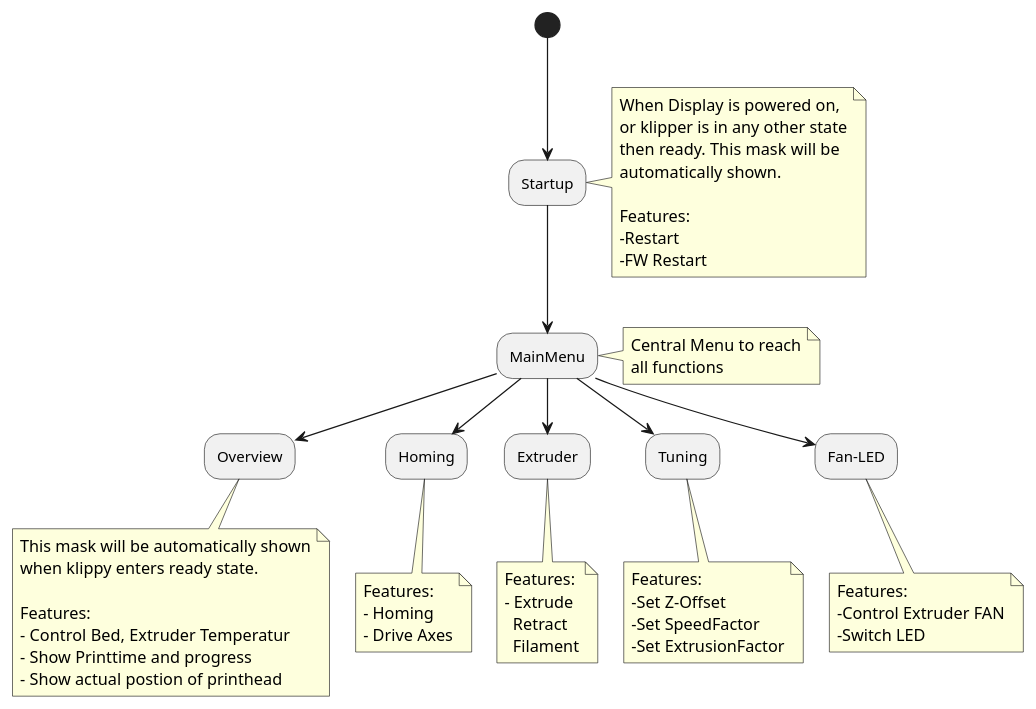
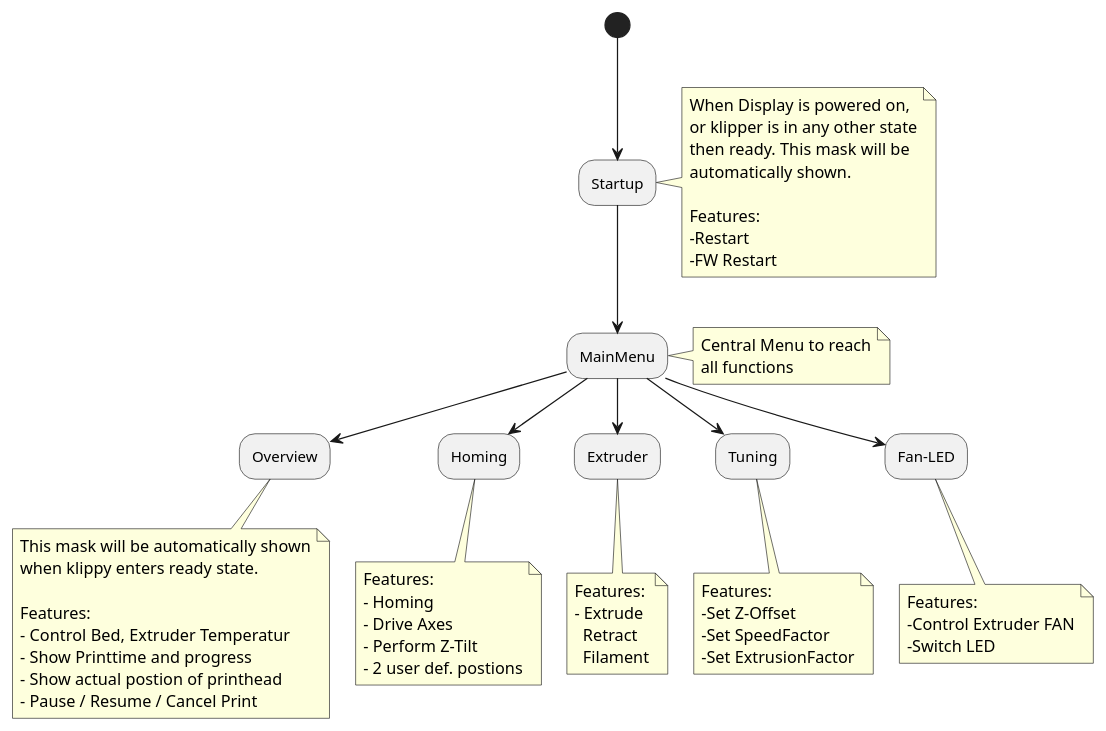
Before and after one commit to seho85/klipper-dgus: the diagram in doc/usage/display_masks/display_masks_index.rst, drawn with PlantUML. The commit also changed 26 other files, not shown here.

First line of the commit message:
Added Pause/Cancel and Stop to Overview Mask

```diff
--- a/doc/usage/display_masks/display_masks_index.rst
+++ b/doc/usage/display_masks/display_masks_index.rst
@@ -5,61 +5,64 @@
 .. uml::
 
     (*) --> Startup
     note right
     When Display is powered on,
     or klipper is in any other state
     then ready. This mask will be 
     automatically shown.
 
     Features:
     -Restart
     -FW Restart
     end note
 
     Startup --> MainMenu
     note right
     Central Menu to reach
     all functions
     end note
 
     MainMenu --> Overview
     note bottom
     This mask will be automatically shown
     when klippy enters ready state.
 
     Features:
     - Control Bed, Extruder Temperatur
     - Show Printtime and progress
     - Show actual postion of printhead
+    - Pause / Resume / Cancel Print
     end note
 
     MainMenu --> Homing
     note bottom
     Features:
     - Homing
     - Drive Axes
+    - Perform Z-Tilt
+    - 2 user def. postions
     end note
 
     MainMenu --> Extruder
     note bottom
     Features:
     - Extrude
       Retract
       Filament
     end note
 
     MainMenu --> Tuning
     note bottom
     Features:
     -Set Z-Offset
     -Set SpeedFactor
     -Set ExtrusionFactor
     end note
 
 
     MainMenu --> Fan-LED
     note bottom
     Features:
     -Control Extruder FAN
     -Switch LED
     end note
```
